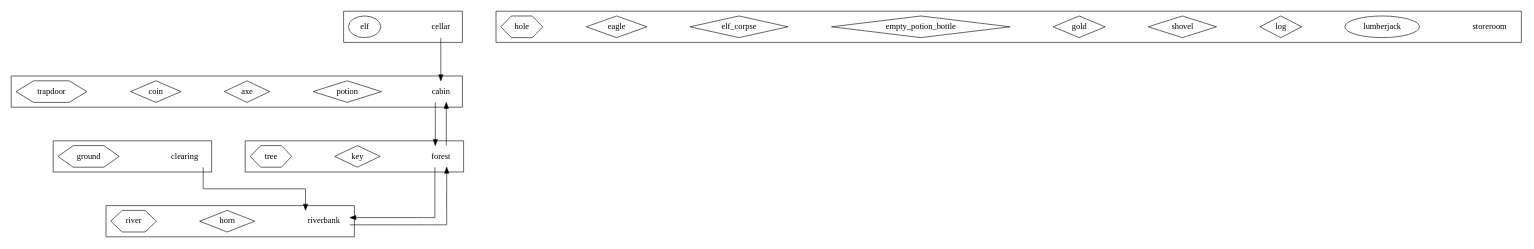
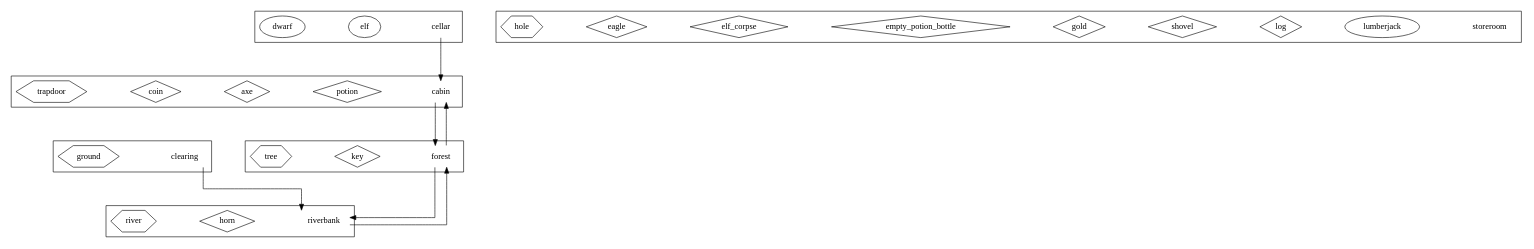
One commit to Tmellor31/STAG-project changed the diagram in config/custom-entities.dot. Above: the diagram before and after it, drawn with Graphviz. The commit also changed 3 other files, not shown here.

```diff
--- a/config/custom-entities.dot
+++ b/config/custom-entities.dot
@@ -1,102 +1,103 @@
 digraph layout {
     /* ortho splines just makes the arrows into straight lines (rather than curvy ones !) */
     splines = ortho;
     /* space everything out a bit to make it easier to see (for larger models) */
     graph [ranksep="1" nodesep="1"];
     node [shape = "rect"];
 
     subgraph locations {
 
         subgraph cluster001 {
             node [shape = "none"];
             cabin [description = "A log cabin in the woods"];
             subgraph artefacts {
                 node [shape = "diamond"];
                 potion [description = "A bottle of magic potion"];
                 axe [description = "A razor sharp axe"];
                 coin [description = "A silver coin"];
             }
             subgraph furniture {
                 node [shape = "hexagon"];
                 trapdoor [description = "A locked wooden trapdoor in the floor"];
             }
         }
 
         subgraph cluster002 {
             node [shape = "none"];
             forest [description = "A deep dark forest"];
             subgraph artefacts {
                 node [shape = "diamond"];
                 key [description = "A rusty old key"];
             }
             subgraph furniture {
                 node [shape = "hexagon"];
                 tree [description = "A tall pine tree"];
             }
         }
 
         subgraph cluster003 {
             node [shape = "none"];
             cellar [description = "A dusty cellar"]
             subgraph characters {
                 node [shape = "ellipse"];
                 elf [description = "An angry looking Elf"];
+                dwarf [description = "A jolly looking (quite chubby) dwarf"];
             }
         }
 
         subgraph cluster004 {
             node [shape = "none"];
             riverbank [description = "A grassy riverbank"]
             subgraph artefacts {
                 node [shape = "diamond"];
                 horn [description = "An old brass horn"];
             }
             subgraph furniture {
                 node [shape = "hexagon"];
                 river [description = "A fast flowing river"];
             }
         }
 
         subgraph cluster005 {
             node [shape = "none"];
             clearing [description = "A clearing in the woods"]
             subgraph furniture {
                 node [shape = "hexagon"];
                 ground [description = "It looks like the soil has been recently disturbed"];
             }
         }
 
         subgraph cluster999 {
             node [shape = "none"];
             storeroom [description = "Storage for any entities not placed in the game"]
             subgraph characters {
                 node [shape = "ellipse"];
                 lumberjack [description = "A burly wood cutter"];
             }
             subgraph artefacts {
                 node [shape = "diamond"];
                 log [description = "A heavy wooden log"];
                 shovel [description = "A sturdy shovel"];
                 gold [description = "A big pot of gold"];
                 empty_potion_bottle [description = "Empty potion bottle"];
                 elf_corpse [description = "Good job!"];
                 eagle [description = "A magnificent bald eagle (CACAWW)"];
             }
             subgraph furniture {
                 node [shape = "hexagon"];
                 hole [description = "A deep hole in the ground"];
             }
         }
 
     }
 
     subgraph paths {
         cabin -> forest;
         forest -> cabin;
         cellar -> cabin;
         forest -> riverbank
         riverbank -> forest
         clearing -> riverbank
     }
 
 }
```
